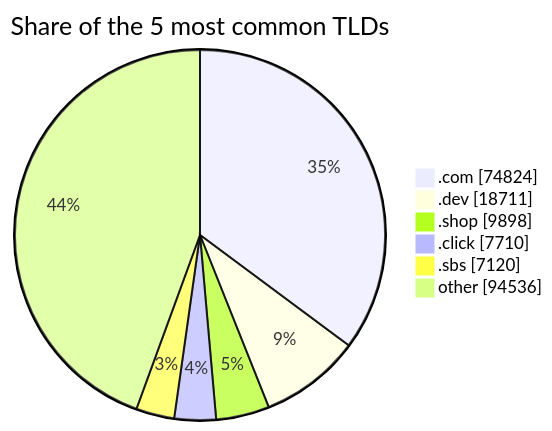
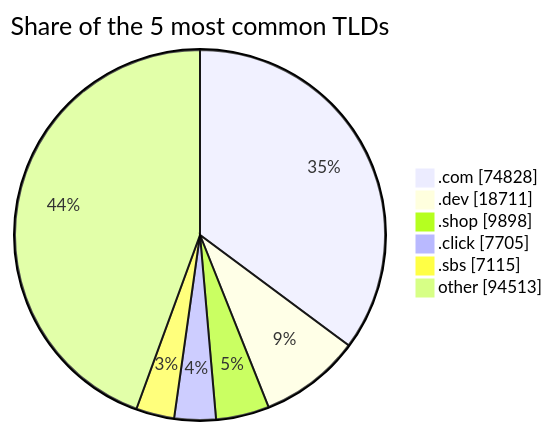
Before and after one commit to DNSBunker/CTI: the third of 3 diagrams in README.md, drawn with Mermaid. The commit also changed other lines of this file and 3 other files, not shown here.

````diff
--- a/README.md
+++ b/README.md
@@ -81,9 +81,9 @@
 ```mermaid
 pie showData title Share of the 5 most common TLDs
-    ".com" : 74824
+    ".com" : 74828
     ".dev" : 18711
     ".shop" : 9898
-    ".click" : 7710
-    ".sbs" : 7120
-    "other" : 94536
+    ".click" : 7705
+    ".sbs" : 7115
+    "other" : 94513
 ```
````
